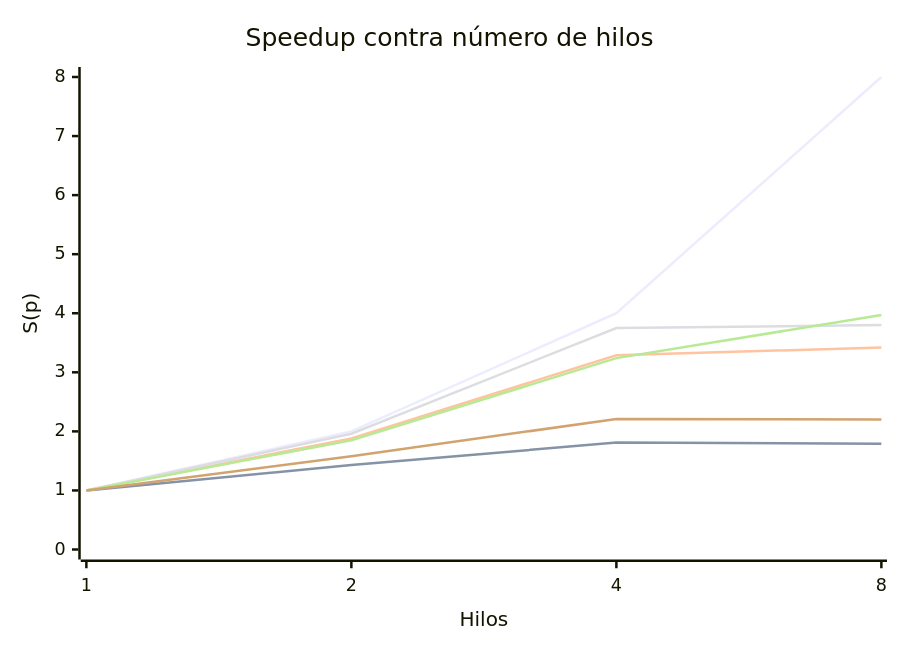
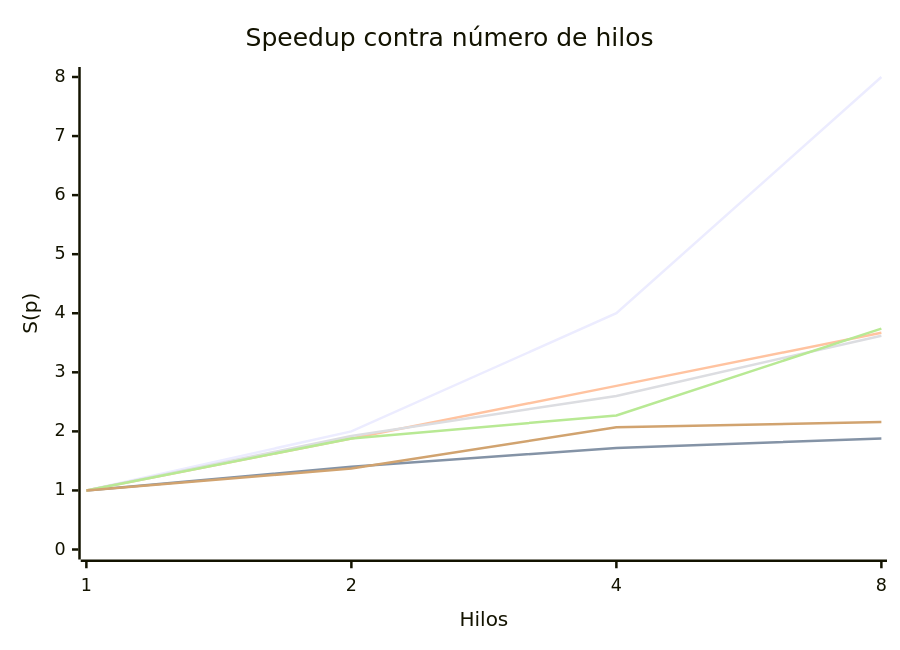
One commit to EjerciciosClasesCardel/infra-2026-2-proyecto-filtros changed the diagram in docs/02-motor.md. Above: the diagram before and after it, drawn with Mermaid. The commit also changed other lines of this file and 11 other files, not shown here.

````diff
--- a/docs/02-motor.md
+++ b/docs/02-motor.md
@@ -241,12 +256,12 @@
 ```mermaid
 xychart-beta
     title "Speedup contra número de hilos"
     x-axis "Hilos" [1, 2, 4, 8]
     y-axis "S(p)" 0 --> 8
     line "ideal" [1, 2, 4, 8]
-    line "gaussiano" [1.00, 1.43, 1.81, 1.79]
-    line "gaussiano_bloques" [1.00, 1.88, 3.29, 3.42]
-    line "sobel" [1.00, 1.96, 3.75, 3.80]
-    line "otsu" [1.00, 1.85, 3.24, 3.97]
-    line "cadena" [1.00, 1.58, 2.21, 2.20]
+    line "gaussiano" [1.00, 1.40, 1.72, 1.88]
+    line "gaussiano_bloques" [1.00, 1.88, 2.77, 3.67]
+    line "sobel" [1.00, 1.92, 2.60, 3.62]
+    line "otsu" [1.00, 1.88, 2.27, 3.74]
+    line "cadena" [1.00, 1.37, 2.07, 2.16]
 ```
````
